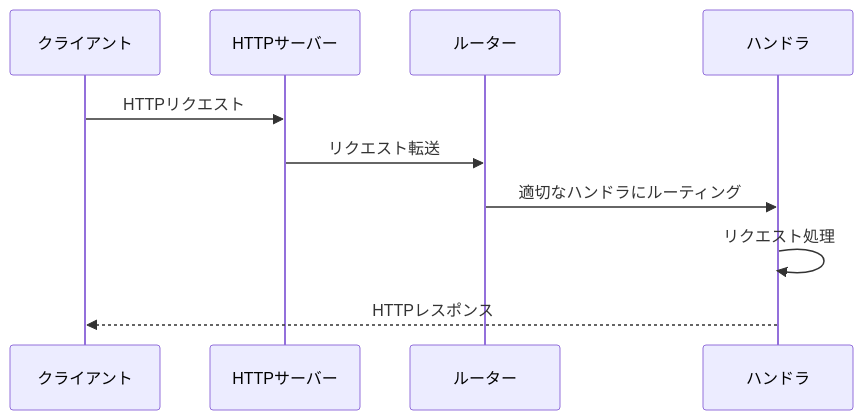
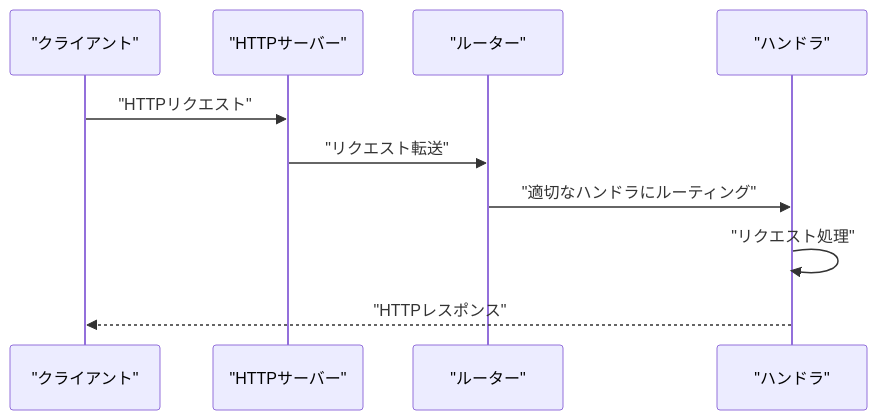
One commit to ssig33/fuckbase changed the second of 11 diagrams in textbooks/02_architecture.md. Above: the diagram before and after it, drawn with Mermaid. The commit also changed other lines of this file and 6 other files, not shown here.

Commit message:
Fix Mermaid diagrams by properly enclosing Japanese text in double quotes to prevent control character misinterpretation

````diff
--- a/textbooks/02_architecture.md
+++ b/textbooks/02_architecture.md
@@ -31,13 +31,13 @@
 ```mermaid
 sequenceDiagram
-    participant Client as クライアント
-    participant Server as HTTPサーバー
-    participant Router as ルーター
-    participant Handler as ハンドラ
+    participant Client as "クライアント"
+    participant Server as "HTTPサーバー"
+    participant Router as "ルーター"
+    participant Handler as "ハンドラ"
     
-    Client->>Server: HTTPリクエスト
-    Server->>Router: リクエスト転送
-    Router->>Handler: 適切なハンドラにルーティング
-    Handler->>Handler: リクエスト処理
-    Handler-->>Client: HTTPレスポンス
+    Client->>Server: "HTTPリクエスト"
+    Server->>Router: "リクエスト転送"
+    Router->>Handler: "適切なハンドラにルーティング"
+    Handler->>Handler: "リクエスト処理"
+    Handler-->>Client: "HTTPレスポンス"
 ```
````
